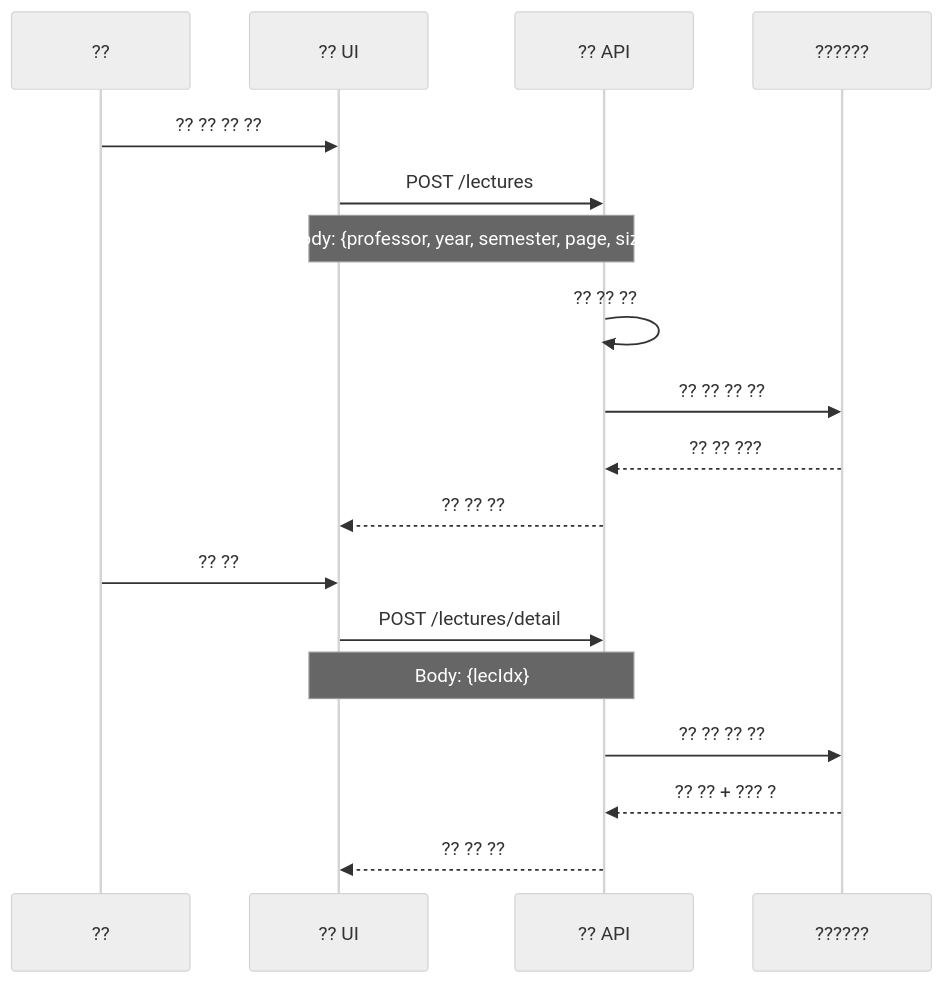
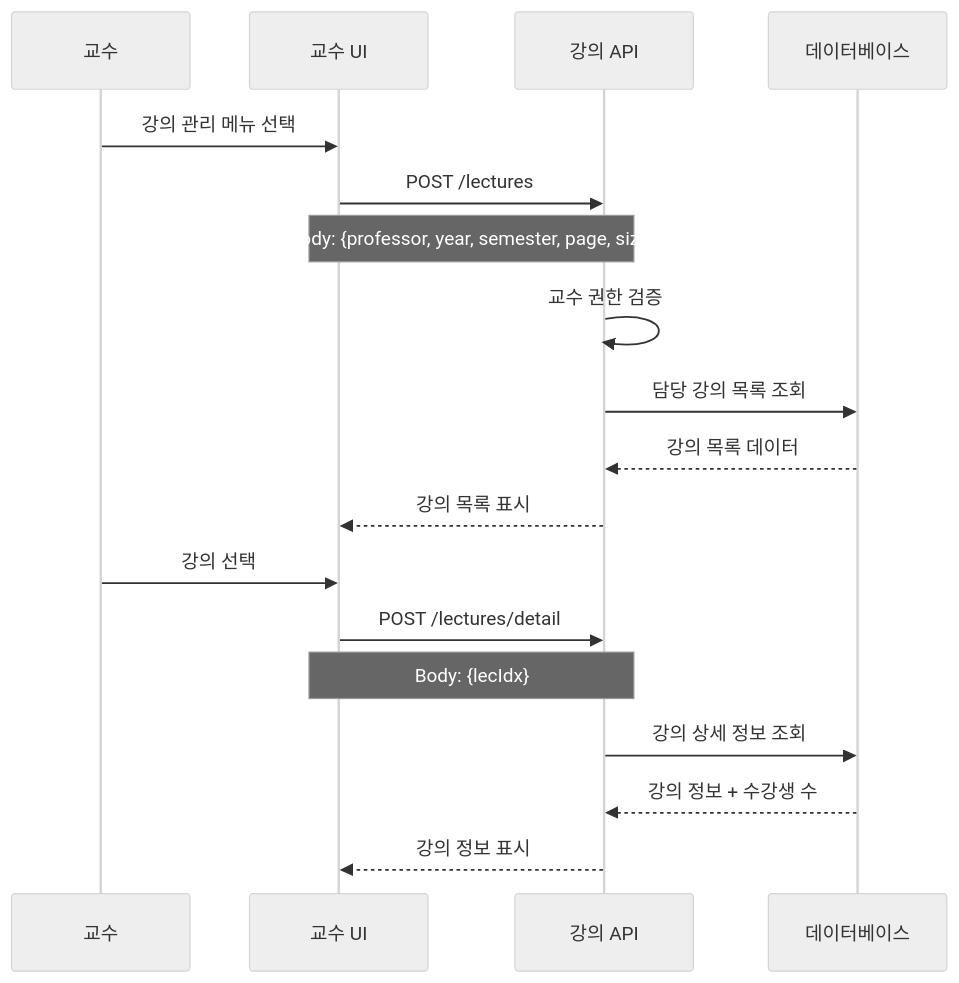
One commit to hooting76/blue-crab-lms changed the first of 12 diagrams in backend/BlueCrab/docs/강의관련기능/05-교수플로우.md. Above: the diagram before and after it, drawn with Mermaid (neutral theme). The commit also changed other lines of this file and 11 other files, not shown here.

````diff
--- a/backend/BlueCrab/docs/강의관련기능/05-교수플로우.md
+++ b/backend/BlueCrab/docs/강의관련기능/05-교수플로우.md
@@ -23,20 +35,25 @@
 ```mermaid
 sequenceDiagram
-    participant Professor as ??
-    participant UI as ?? UI
-    participant API as ?? API
-    participant DB as ??????
-    Professor->>UI: ?? ?? ?? ??
+    participant Professor as 교수
+    participant UI as 교수 UI
+
+    participant Professor as 교수
+    participant UI as 교수 UI
+    participant API as 강의 API
+    participant DB as 데이터베이스
+
+    Professor->>UI: 강의 관리 메뉴 선택
     UI->>API: POST /lectures
     Note over UI,API: Body: {professor, year, semester, page, size}
-    API->>API: ?? ?? ??
-    API->>DB: ?? ?? ?? ??
-    DB-->>API: ?? ?? ???
-    API-->>UI: ?? ?? ??
-    Professor->>UI: ?? ??
+    API->>API: 교수 권한 검증
+    API->>DB: 담당 강의 목록 조회
+    DB-->>API: 강의 목록 데이터
+    API-->>UI: 강의 목록 표시
+
+    Professor->>UI: 강의 선택
     UI->>API: POST /lectures/detail
     Note over UI,API: Body: {lecIdx}
-    API->>DB: ?? ?? ?? ??
-    DB-->>API: ?? ?? + ??? ?
-    API-->>UI: ?? ?? ??
+    API->>DB: 강의 상세 정보 조회
+    DB-->>API: 강의 정보 + 수강생 수
+    API-->>UI: 강의 정보 표시
 ```
````
